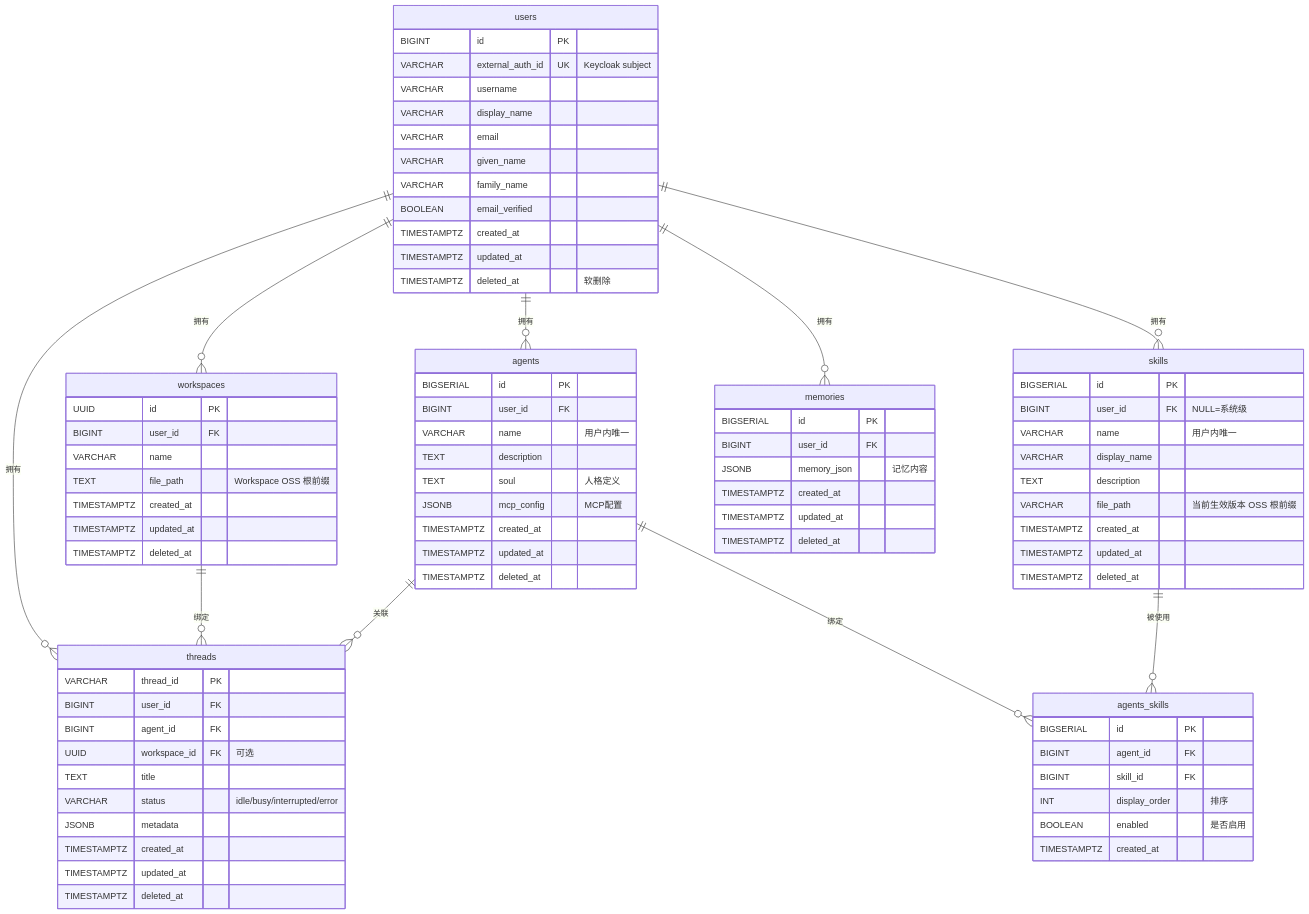
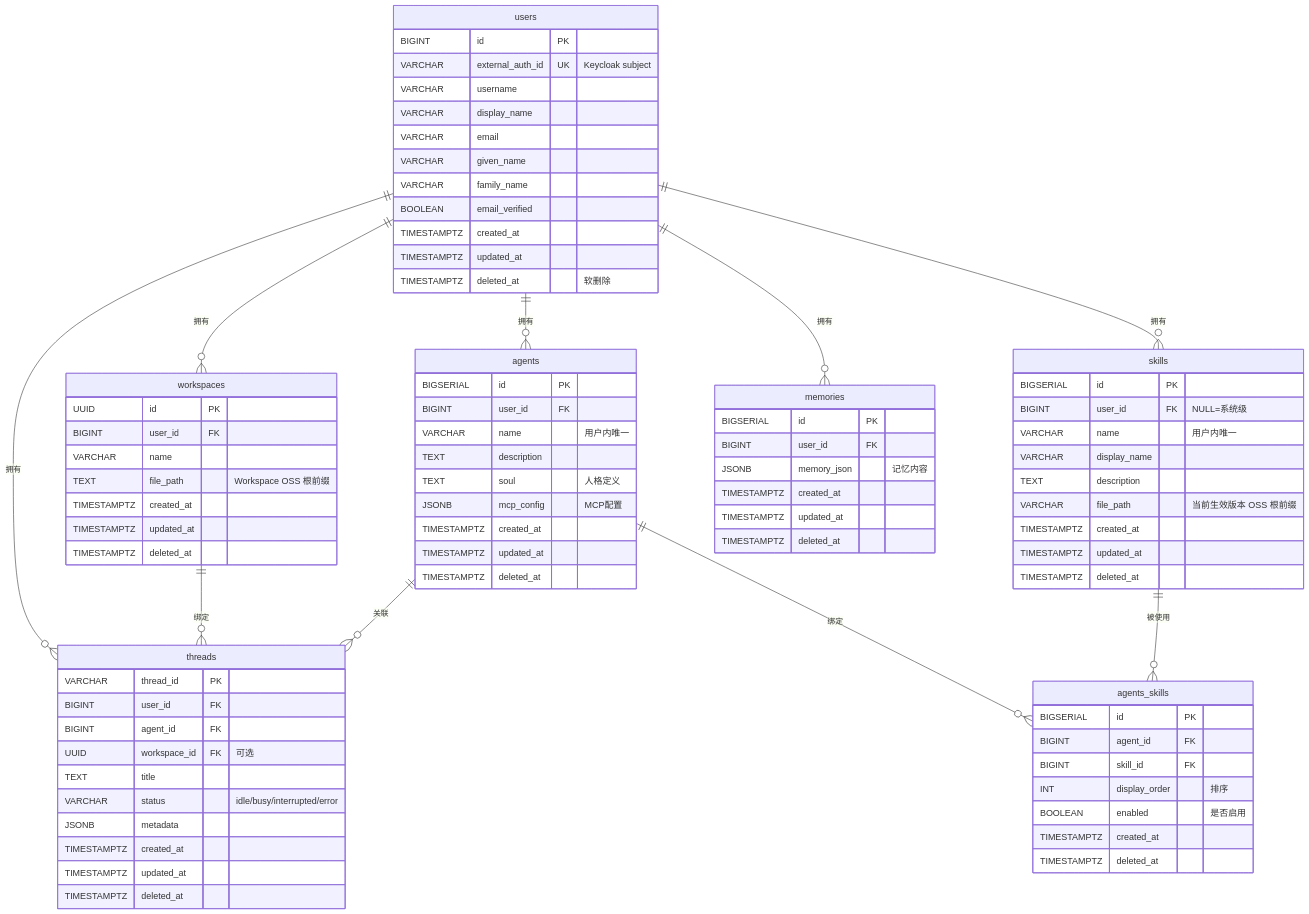
The first of 2 diagrams in DeerFlow数据库ER图.md (early-chinese-civilization/deer-flow), drawn with Mermaid before and after one commit. The commit also changed 3 other files, not shown here.

```diff
--- a/DeerFlow数据库ER图.md
+++ b/DeerFlow数据库ER图.md
@@ -83,6 +83,7 @@
         INT display_order "排序"
         BOOLEAN enabled "是否启用"
         TIMESTAMPTZ created_at
+        TIMESTAMPTZ deleted_at
     }
     
     memories {
```
